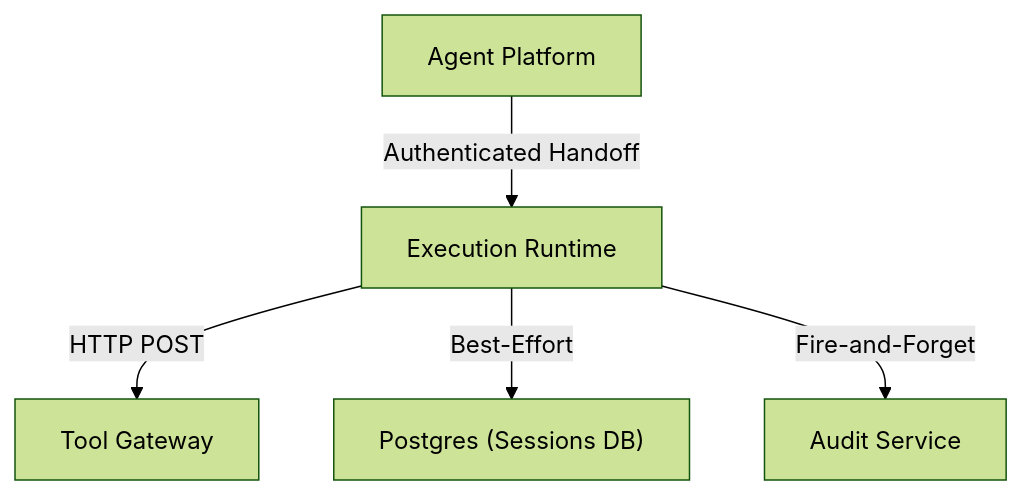
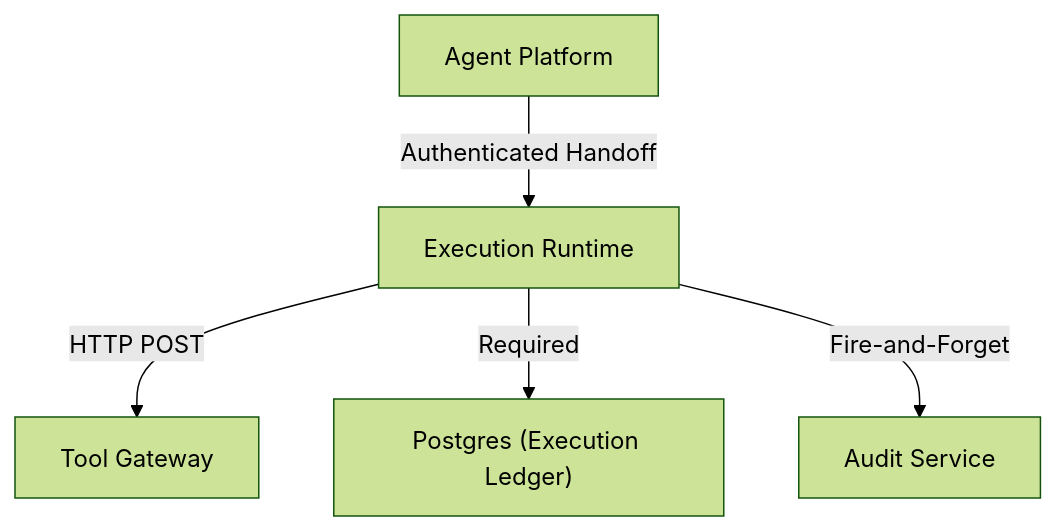
One commit to metasync/luban-aiops changed the ninth of 9 diagrams in .qoder/repowiki/en/content/Core Services/Execution Runtime.md. Above: the diagram before and after it, drawn with Mermaid (forest theme). The commit also changed other lines of this file and 19 other files, not shown here.

````diff
--- a/.qoder/repowiki/en/content/Core Services/Execution Runtime.md
+++ b/.qoder/repowiki/en/content/Core Services/Execution Runtime.md
@@ -311,7 +418,7 @@
 ```mermaid
 graph TB
 Agent["Agent Platform"] --> |Authenticated Handoff| Worker["Execution Runtime"]
 Worker --> |HTTP POST| Gateway["Tool Gateway"]
-Worker --> |Best-Effort| Postgres["Postgres (Sessions DB)"]
+Worker --> |Required| Postgres["Postgres (Execution Ledger)"]
 Worker --> |Fire-and-Forget| Audit["Audit Service"]
 ```
````
